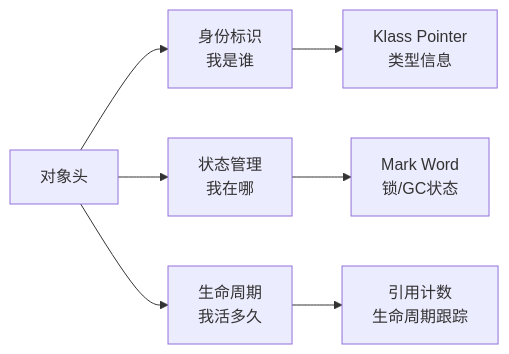
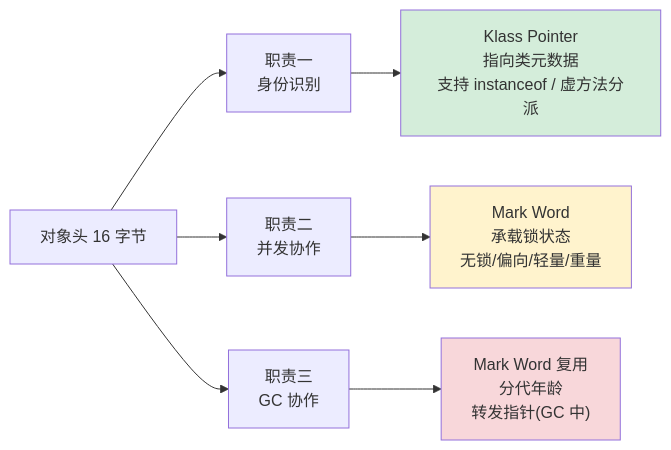
One commit to chongyang211/YCBookBlog changed diagram 17 of 25 in 00.通用技术的提升/02.程序编程原理/08.对象创建流程原理.md. Above: the diagram before and after it, drawn with Mermaid. The commit also changed other lines of this file and 4 other files, not shown here.

````diff
--- a/00.通用技术的提升/02.程序编程原理/08.对象创建流程原理.md
+++ b/00.通用技术的提升/02.程序编程原理/08.对象创建流程原理.md
@@ -880,10 +1855,16 @@
 ```mermaid
-graph LR
-    A[对象头] --> B[身份标识<br/>我是谁]
-    A --> C[状态管理<br/>我在哪]
-    A --> D[生命周期<br/>我活多久]
+flowchart LR
+    A[对象头 16 字节] --> B[职责一<br/>身份识别]
+    A --> C[职责二<br/>并发协作]
+    A --> D[职责三<br/>GC 协作]
     
-    B --> B1[Klass Pointer<br/>类型信息]
-    C --> C1[Mark Word<br/>锁/GC状态]
-    D --> D1[引用计数<br/>生命周期跟踪]
+    B --> B1["Klass Pointer<br/>指向类元数据<br/>支持 instanceof / 虚方法分派"]
+    
+    C --> C1["Mark Word<br/>承载锁状态<br/>无锁/偏向/轻量/重量"]
+    
+    D --> D1["Mark Word 复用<br/>分代年龄<br/>转发指针(GC 中)"]
+    
+    style B1 fill:#d4edda
+    style C1 fill:#fff3cd
+    style D1 fill:#f8d7da
 ```
````
